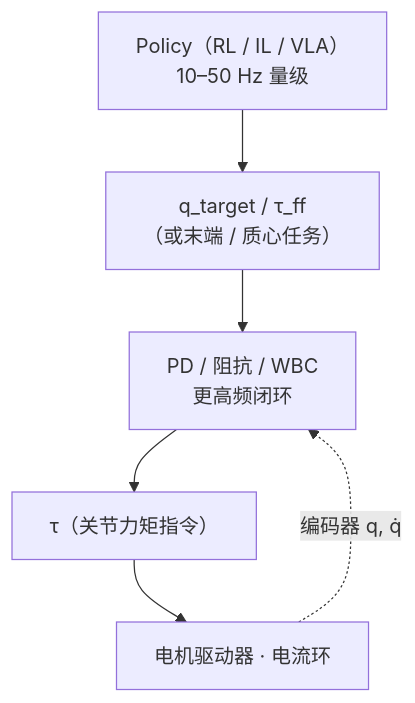
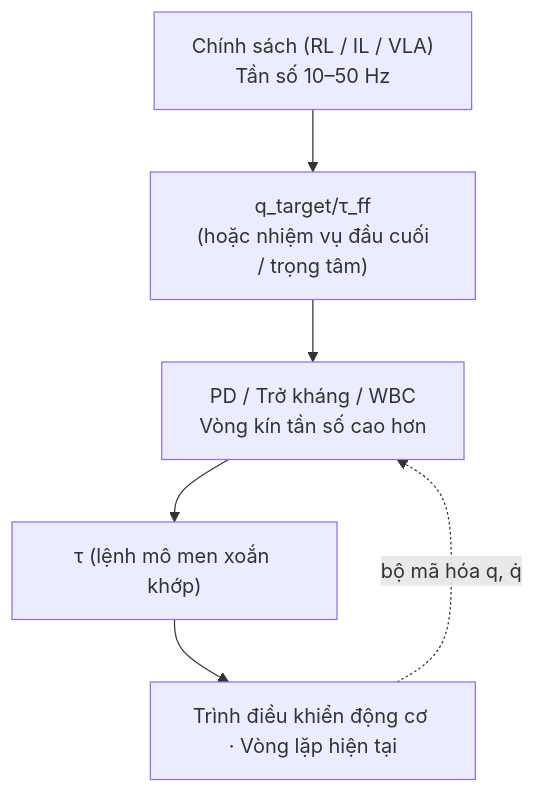
One commit to ledinhtuyen/Robotics_Notebooks changed the ninth of 33 diagrams in roadmap/motion-control.md. Above: the diagram before and after it, drawn with Mermaid. The commit also changed other lines of this file, not shown here.

Commit message:
docs(roadmap): 完成 motion-control 全文越南语翻译

````diff
--- a/roadmap/motion-control.md
+++ b/roadmap/motion-control.md
@@ -659,8 +667,8 @@
 ```mermaid
 flowchart TB
-  Pol["Policy（RL / IL / VLA）<br/>10–50 Hz 量级"] --> Tgt["q_target / τ_ff<br/>（或末端 / 质心任务）"]
-  Tgt --> LL["PD / 阻抗 / WBC<br/>更高频闭环"]
-  LL --> Tau["τ（关节力矩指令）"]
-  Tau --> Mot["电机驱动器 · 电流环"]
-  Mot -. 编码器 q, q̇ .-> LL
+  Pol["Chính sách (RL / IL / VLA)<br/>Tần số 10–50 Hz"] --> Tgt["q_target/τ_ff<br/> (hoặc nhiệm vụ đầu cuối / trọng tâm)"]
+  Tgt --> LL["PD / Trở kháng / WBC<br/> Vòng kín tần số cao hơn"]
+  LL --> Tau["τ (lệnh mô men xoắn khớp)"]
+  Tau --> Mot["Trình điều khiển động cơ · Vòng lặp hiện tại"]
+  Mot -. bộ mã hóa q, q̇ .-> LL
 ```
````
